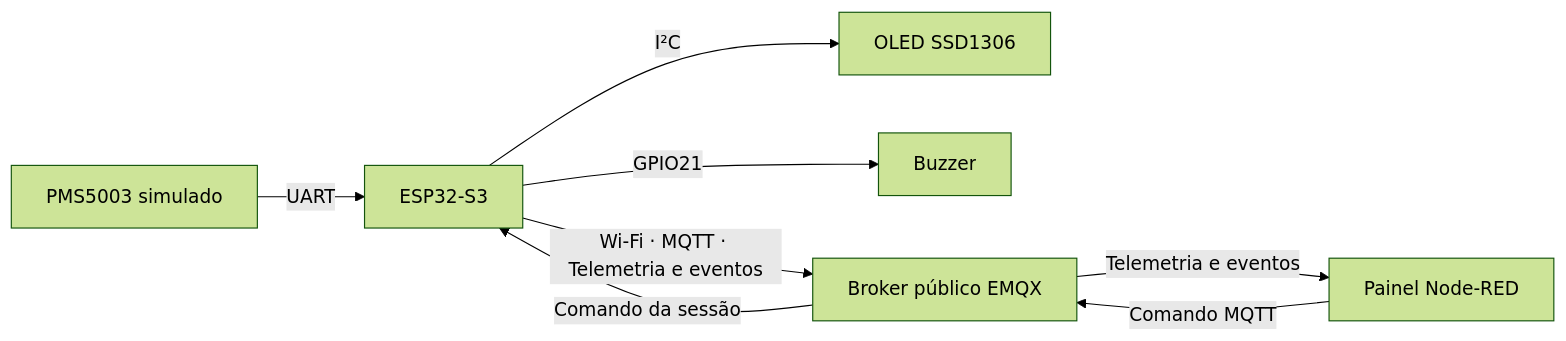
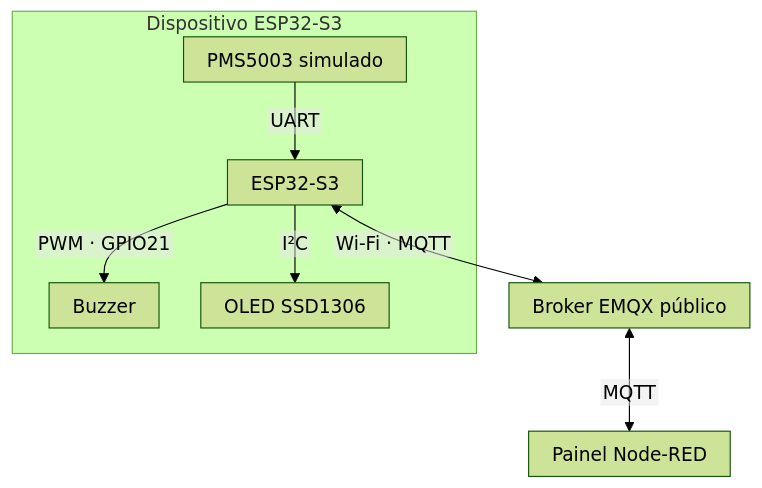
One commit to adrianobrun/OBJ-INTELIG-PROJETO changed the diagram in README.md. Above: the diagram before and after it, drawn with Mermaid (forest theme). The commit also changed other lines of this file and 1 other file, not shown here.

Commit message:
Melhora a legibilidade do diagrama de arquitetura

````diff
--- a/README.md
+++ b/README.md
@@ -7,10 +7,18 @@
 ```mermaid
-flowchart LR
-    P["PMS5003 simulado"] -->|UART| E["ESP32-S3"]
-    E -->|I²C| O["OLED SSD1306"]
-    E -->|GPIO21| B["Buzzer"]
-    E -->|Wi-Fi · MQTT · Telemetria e eventos| M["Broker público EMQX"]
-    M -->|Telemetria e eventos| N["Painel Node-RED"]
-    N -->|Comando MQTT| M
-    M -->|Comando da sessão| E
+---
+config:
+  htmlLabels: false
+  flowchart:
+    nodeSpacing: 36
+    rankSpacing: 44
+    padding: 10
+---
+flowchart TB
+    subgraph D["Dispositivo ESP32-S3"]
+        P["PMS5003 simulado"] -->|UART| E["ESP32-S3"]
+        E -->|PWM · GPIO21| B["Buzzer"]
+        E -->|I²C| O["OLED SSD1306"]
+    end
+    E <-->|Wi-Fi · MQTT| M["Broker EMQX público"]
+    M <-->|MQTT| N["Painel Node-RED"]
 ```
````
